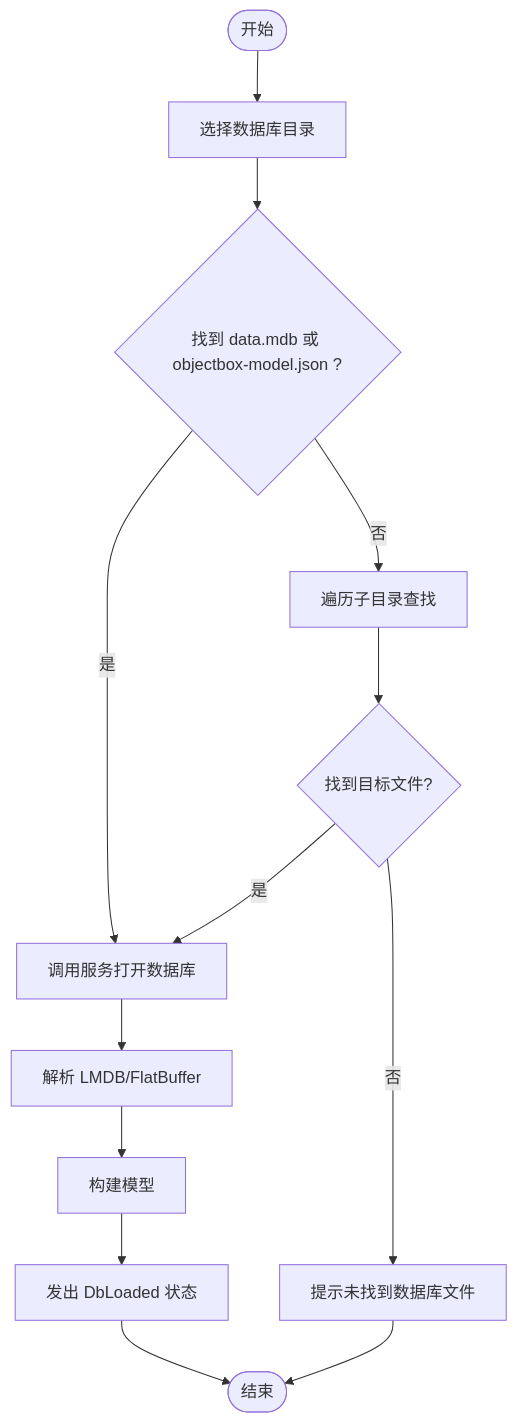
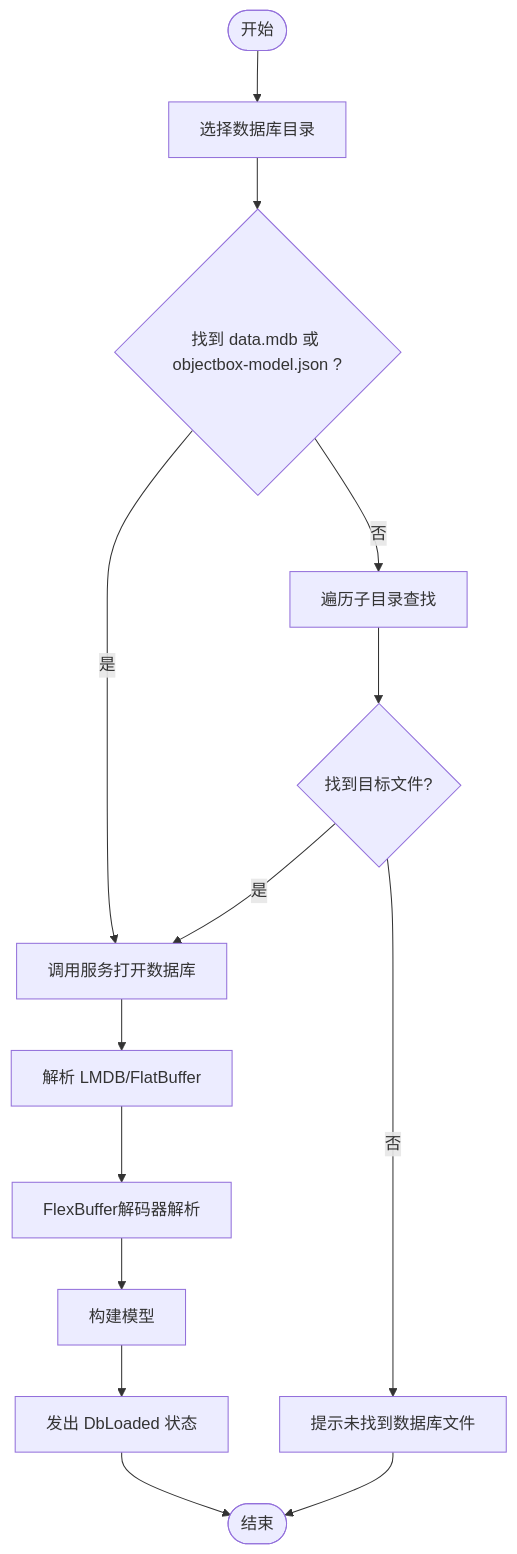
One commit to kongpf8848/objectbox_viewer changed the third of 8 diagrams in .qoder/repowiki/zh/content/核心功能/核心功能.md. Above: the diagram before and after it, drawn with Mermaid. The commit also changed other lines of this file and 9 other files, not shown here.

````diff
--- a/.qoder/repowiki/zh/content/核心功能/核心功能.md
+++ b/.qoder/repowiki/zh/content/核心功能/核心功能.md
@@ -142,15 +158,16 @@
 ```mermaid
 flowchart TD
 Start(["开始"]) --> Pick["选择数据库目录"]
 Pick --> HasFiles{"找到 data.mdb 或 objectbox-model.json ?"}
 HasFiles --> |是| Open["调用服务打开数据库"]
 HasFiles --> |否| SubDir["遍历子目录查找"]
 SubDir --> Found{"找到目标文件?"}
 Found --> |是| Open
 Found --> |否| Error["提示未找到数据库文件"]
 Open --> Parse["解析 LMDB/FlatBuffer"]
-Parse --> BuildModel["构建模型"]
+Parse --> FlexDecode["FlexBuffer解码器解析"]
+FlexDecode --> BuildModel["构建模型"]
 BuildModel --> EmitLoaded["发出 DbLoaded 状态"]
 EmitLoaded --> End(["结束"])
 Error --> End
 ```
````
